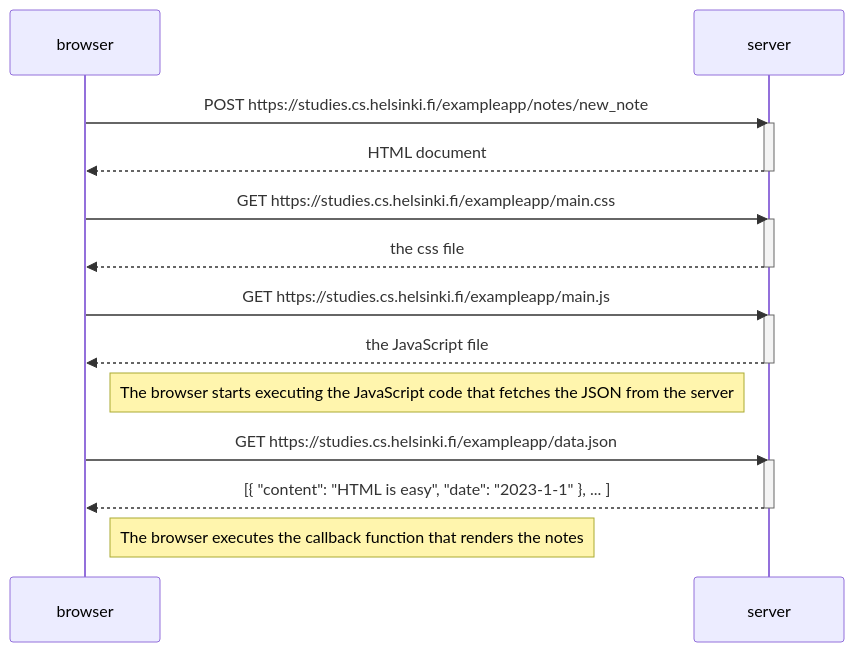
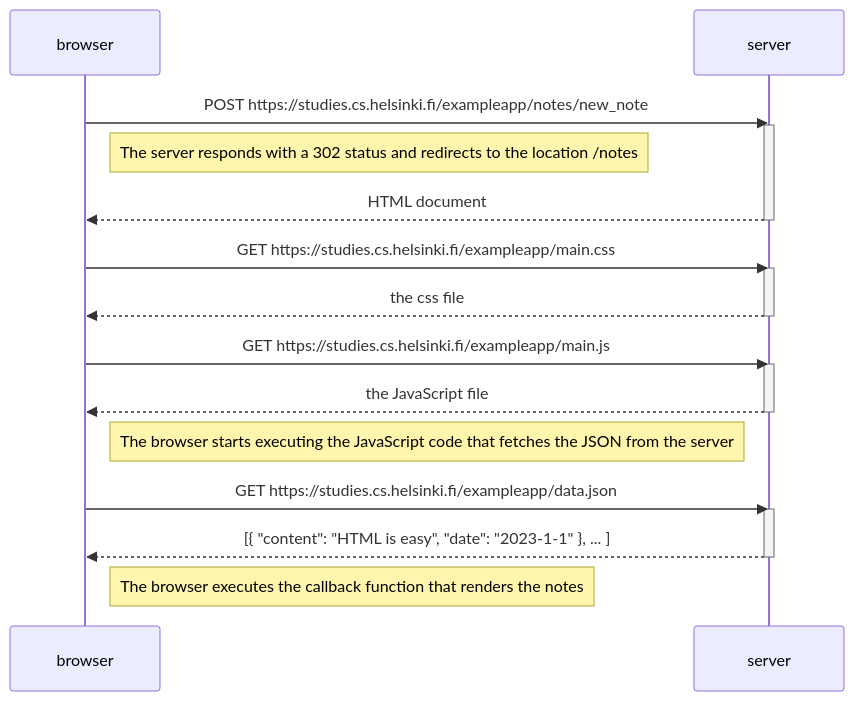
One commit to jn-helsinki/part0 changed the diagram in new_note.md. Above: the diagram before and after it, drawn with Mermaid.

Commit message:
302 redirect

````diff
--- a/new_note.md
+++ b/new_note.md
@@ -1,29 +1,30 @@
 ```mermaid
 sequenceDiagram
     participant browser
     participant server
 
     browser->>server: POST https://studies.cs.helsinki.fi/exampleapp/notes/new_note
     activate server
+    Note right of browser: The server responds with a 302 status and redirects to the location /notes
     server-->>browser: HTML document
     deactivate server
 
     browser->>server: GET https://studies.cs.helsinki.fi/exampleapp/main.css
     activate server
     server-->>browser: the css file
     deactivate server
 
     browser->>server: GET https://studies.cs.helsinki.fi/exampleapp/main.js
     activate server
     server-->>browser: the JavaScript file
     deactivate server
 
     Note right of browser: The browser starts executing the JavaScript code that fetches the JSON from the server
 
     browser->>server: GET https://studies.cs.helsinki.fi/exampleapp/data.json
     activate server
     server-->>browser: [{ "content": "HTML is easy", "date": "2023-1-1" }, ... ]
     deactivate server
 
     Note right of browser: The browser executes the callback function that renders the notes
 ```
````
